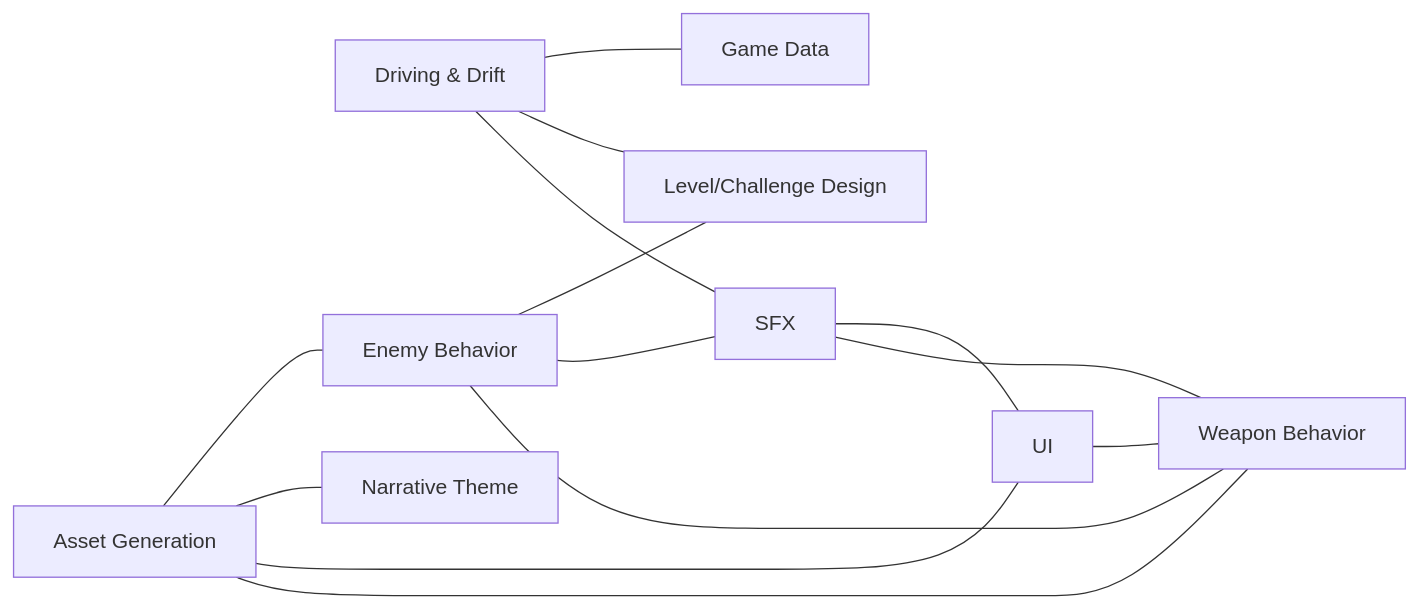
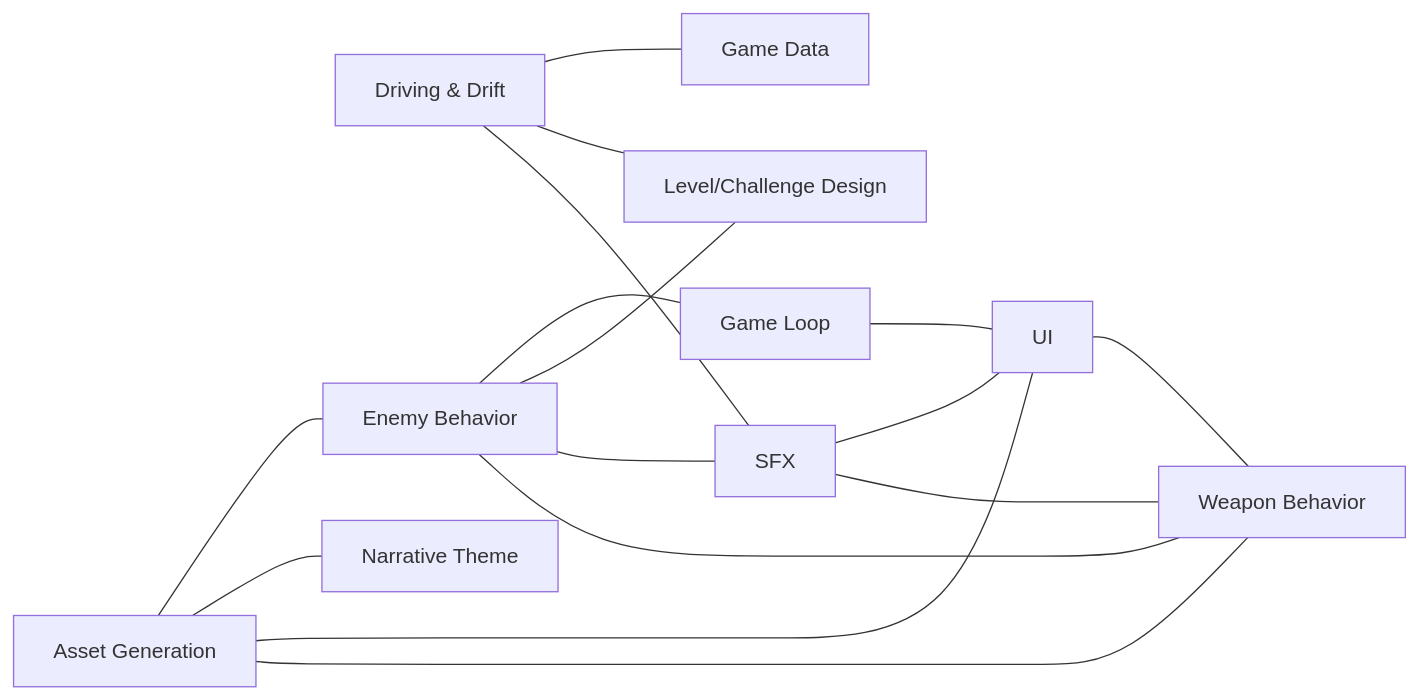
The second of 2 diagrams in agent-notes/agents-interactions.md (akyrat/solid-carbide-game), drawn with Mermaid before and after one commit. The commit also changed other lines of this file and 15 other files, not shown here.

````diff
--- a/agent-notes/agents-interactions.md
+++ b/agent-notes/agents-interactions.md
@@ -122,25 +141,28 @@
 ```mermaid
 flowchart LR
     asset_generation["Asset Generation"]
     driving_drift["Driving & Drift"]
     enemy_behavior["Enemy Behavior"]
     game_data["Game Data"]
+    game_loop["Game Loop"]
     level_challenge["Level/Challenge Design"]
     narrative_theme["Narrative Theme"]
     sfx["SFX"]
     ui["UI"]
     weapon_behavior["Weapon Behavior"]
     asset_generation --- enemy_behavior
     asset_generation --- narrative_theme
     asset_generation --- ui
     asset_generation --- weapon_behavior
     driving_drift --- game_data
     driving_drift --- level_challenge
     driving_drift --- sfx
+    enemy_behavior --- game_loop
     enemy_behavior --- level_challenge
     enemy_behavior --- sfx
     enemy_behavior --- weapon_behavior
+    game_loop --- ui
     sfx --- ui
     sfx --- weapon_behavior
     ui --- weapon_behavior
 ```
````
